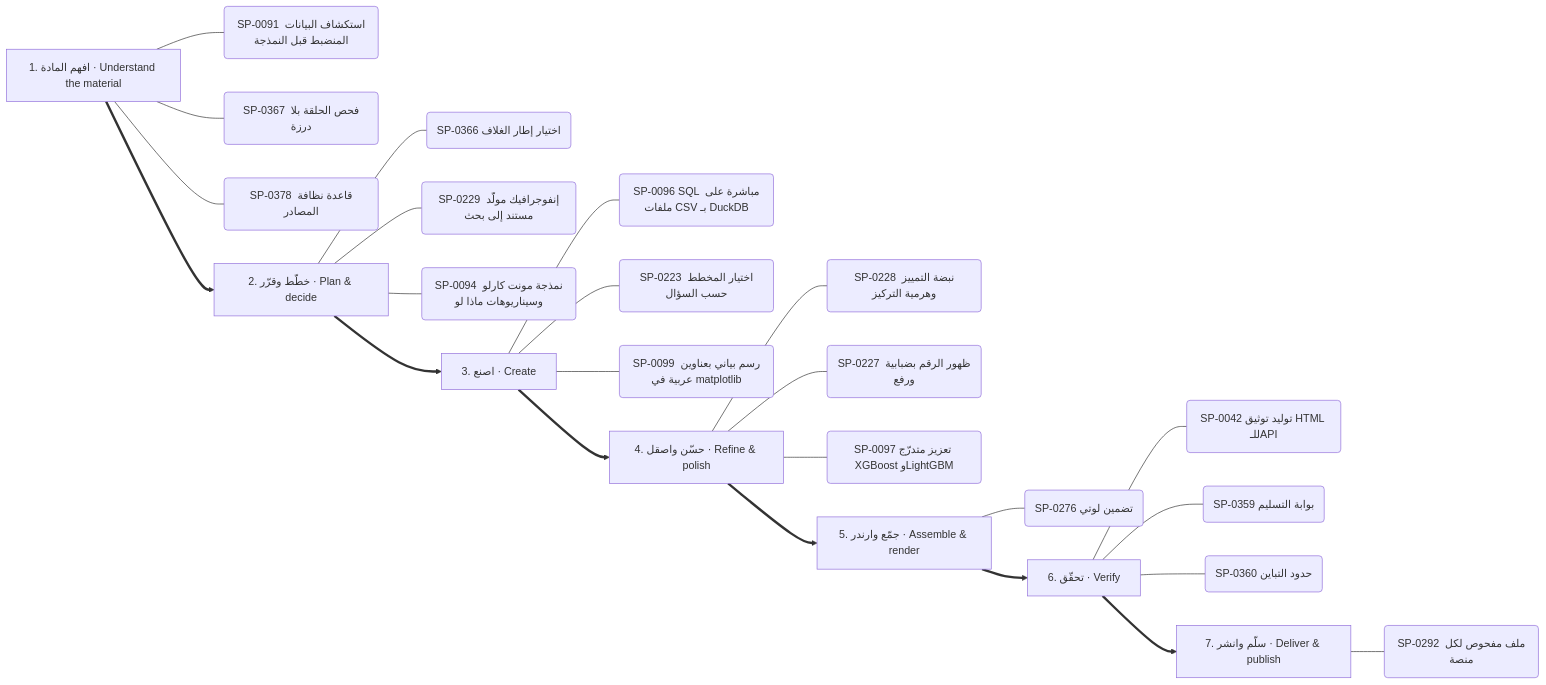
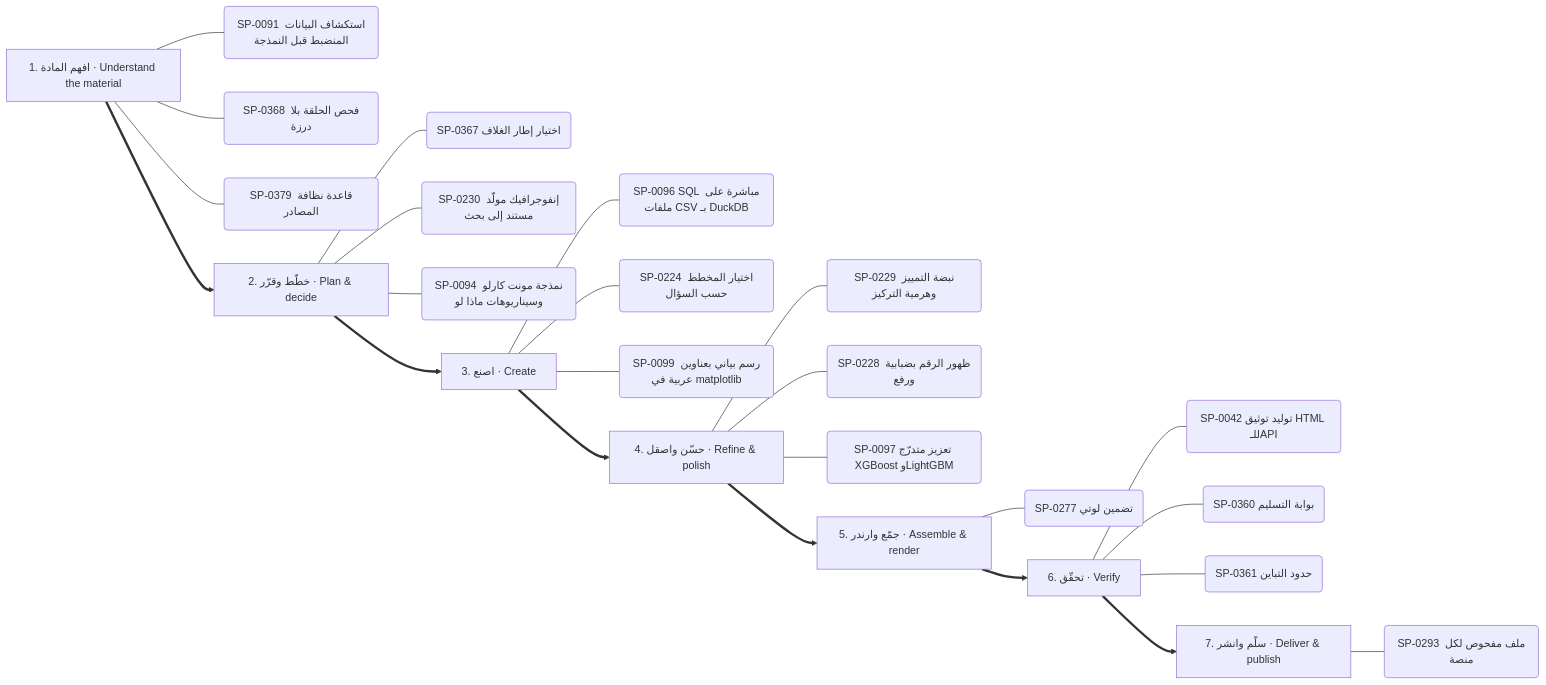
Diagram 12 of 13 in .claude/skills/kosif-superpowers/references/capability-mindmap.md (kosif199022-jpg/kosif-tool), drawn with Mermaid before and after one commit. The commit also changed other lines of this file and 65 other files, not shown here.

````diff
--- a/.claude/skills/kosif-superpowers/references/capability-mindmap.md
+++ b/.claude/skills/kosif-superpowers/references/capability-mindmap.md
@@ -597,33 +597,33 @@
 ```mermaid
 flowchart LR
   S0["1. افهم المادة · Understand the material"]
   S0 --- S0_0("SP-0091 استكشاف البيانات المنضبط قبل النمذجة")
-  S0 --- S0_1("SP-0367 فحص الحلقة بلا درزة")
-  S0 --- S0_2("SP-0378 قاعدة نظافة المصادر")
+  S0 --- S0_1("SP-0368 فحص الحلقة بلا درزة")
+  S0 --- S0_2("SP-0379 قاعدة نظافة المصادر")
   S1["2. خطّط وقرّر · Plan & decide"]
-  S1 --- S1_0("SP-0366 اختيار إطار الغلاف")
-  S1 --- S1_1("SP-0229 إنفوجرافيك مولَّد مستند إلى بحث")
+  S1 --- S1_0("SP-0367 اختيار إطار الغلاف")
+  S1 --- S1_1("SP-0230 إنفوجرافيك مولَّد مستند إلى بحث")
   S1 --- S1_2("SP-0094 نمذجة مونت كارلو وسيناريوهات ماذا لو")
   S0 ==> S1
   S2["3. اصنع · Create"]
   S2 --- S2_0("SP-0096 SQL مباشرة على ملفات CSV بـ DuckDB")
-  S2 --- S2_1("SP-0223 اختيار المخطط حسب السؤال")
+  S2 --- S2_1("SP-0224 اختيار المخطط حسب السؤال")
   S2 --- S2_2("SP-0099 رسم بياني بعناوين عربية في matplotlib")
   S1 ==> S2
   S3["4. حسّن واصقل · Refine & polish"]
-  S3 --- S3_0("SP-0228 نبضة التمييز وهرمية التركيز")
-  S3 --- S3_1("SP-0227 ظهور الرقم بضبابية ورفع")
+  S3 --- S3_0("SP-0229 نبضة التمييز وهرمية التركيز")
+  S3 --- S3_1("SP-0228 ظهور الرقم بضبابية ورفع")
   S3 --- S3_2("SP-0097 تعزيز متدرّج XGBoost وLightGBM")
   S2 ==> S3
   S4["5. جمّع وارندر · Assemble & render"]
-  S4 --- S4_0("SP-0276 تضمين لوتي")
+  S4 --- S4_0("SP-0277 تضمين لوتي")
   S3 ==> S4
   S5["6. تحقّق · Verify"]
   S5 --- S5_0("SP-0042 توليد توثيق HTML للـAPI")
-  S5 --- S5_1("SP-0359 بوابة التسليم")
-  S5 --- S5_2("SP-0360 حدود التباين")
+  S5 --- S5_1("SP-0360 بوابة التسليم")
+  S5 --- S5_2("SP-0361 حدود التباين")
   S4 ==> S5
   S6["7. سلّم وانشر · Deliver & publish"]
-  S6 --- S6_0("SP-0292 ملف مفحوص لكل منصة")
+  S6 --- S6_0("SP-0293 ملف مفحوص لكل منصة")
   S5 ==> S6
 ```
````
